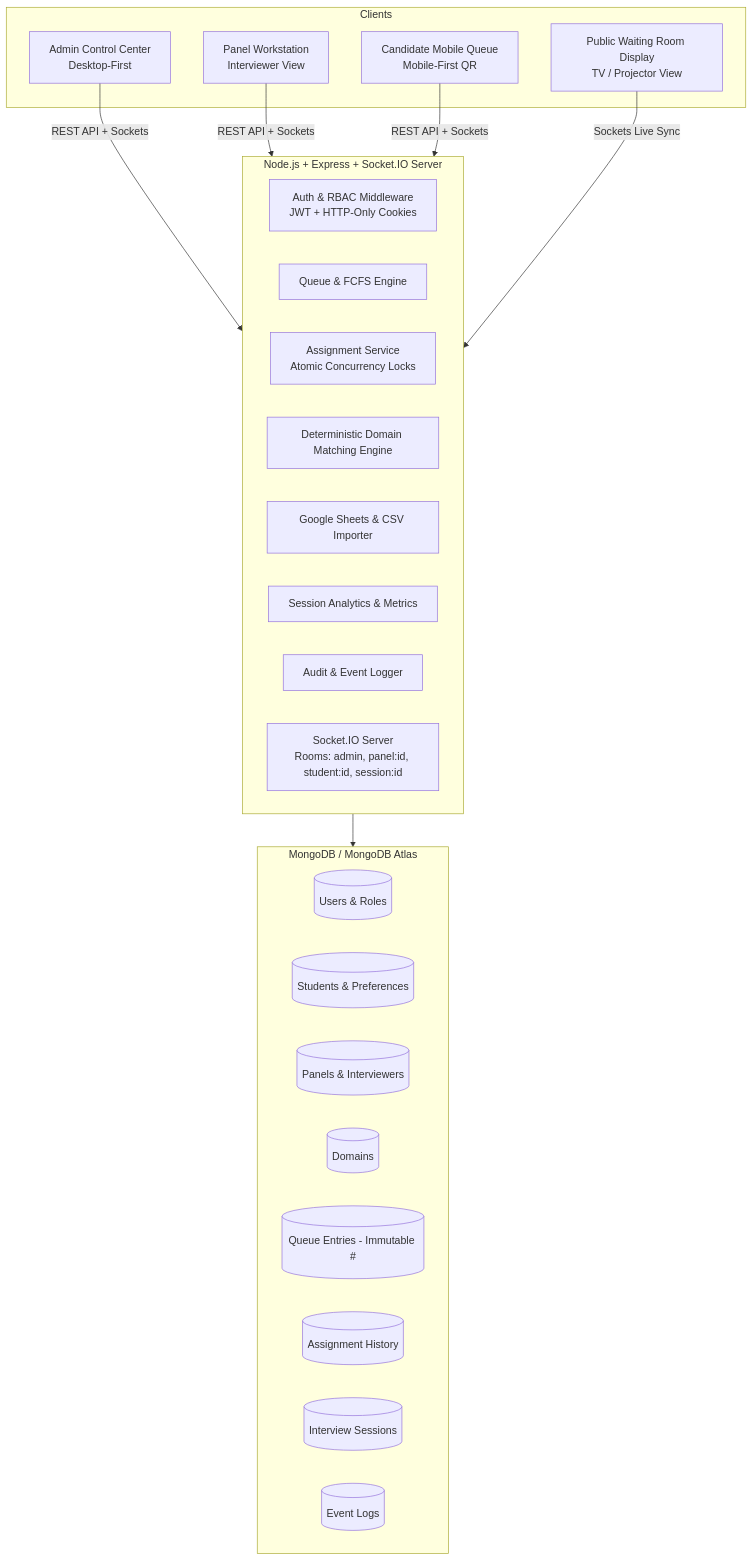
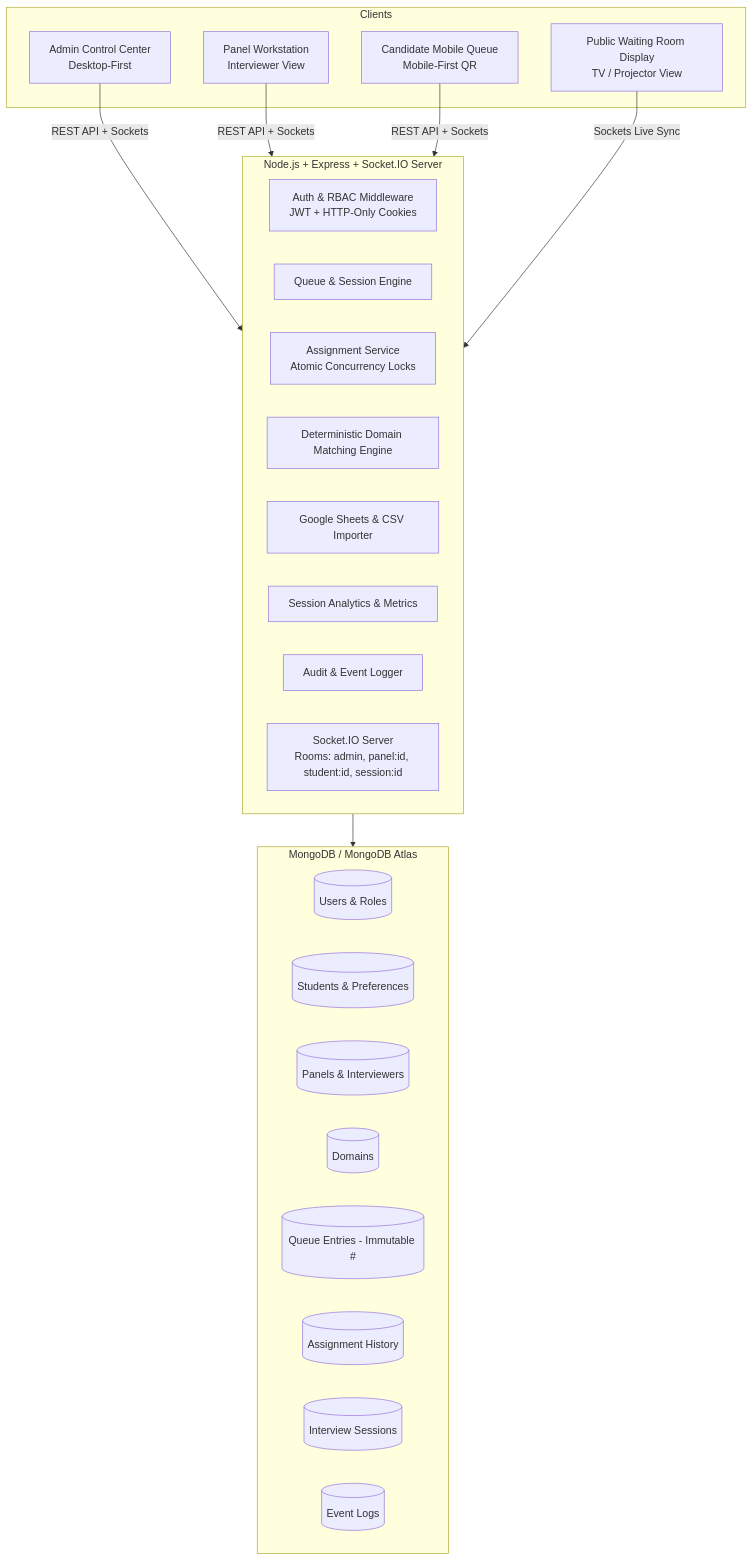
The diagram in README.md (saucy-dev/PanelFLow), drawn with Mermaid before and after one commit. The commit also changed other lines of this file and 48 other files, not shown here.

````diff
--- a/README.md
+++ b/README.md
@@ -20,38 +20,38 @@
 ```mermaid
 graph TD
     subgraph Clients
         Admin[Admin Control Center<br/>Desktop-First]
         Panel[Panel Workstation<br/>Interviewer View]
         Student[Candidate Mobile Queue<br/>Mobile-First QR]
         Display[Public Waiting Room Display<br/>TV / Projector View]
     end
 
     subgraph Backend [Node.js + Express + Socket.IO Server]
         Auth[Auth & RBAC Middleware<br/>JWT + HTTP-Only Cookies]
-        QueueService[Queue & FCFS Engine]
+        QueueService[Queue & Session Engine]
         AssignService[Assignment Service<br/>Atomic Concurrency Locks]
         MatchEngine[Deterministic Domain Matching Engine]
         SheetService[Google Sheets & CSV Importer]
         AnalyticsService[Session Analytics & Metrics]
         EventLogger[Audit & Event Logger]
         SocketServer[Socket.IO Server<br/>Rooms: admin, panel:id, student:id, session:id]
     end
 
     subgraph Database [MongoDB / MongoDB Atlas]
         MUsers[(Users & Roles)]
         MStudents[(Students & Preferences)]
         MPanels[(Panels & Interviewers)]
         MDomains[(Domains)]
         MQueue[(Queue Entries - Immutable #)]
         MAssignments[(Assignment History)]
         MSessions[(Interview Sessions)]
         MEvents[(Event Logs)]
     end
 
     Admin -->|REST API + Sockets| Backend
     Panel -->|REST API + Sockets| Backend
     Student -->|REST API + Sockets| Backend
     Display -->|Sockets Live Sync| Backend
 
     Backend --> Database
 ```
````
